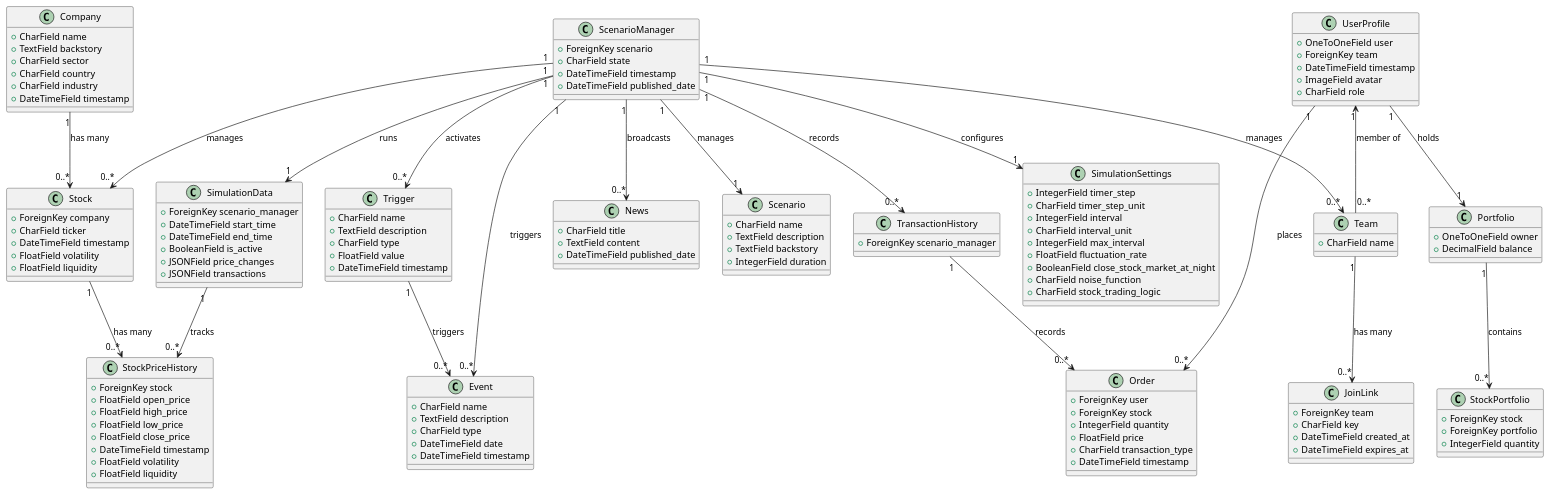
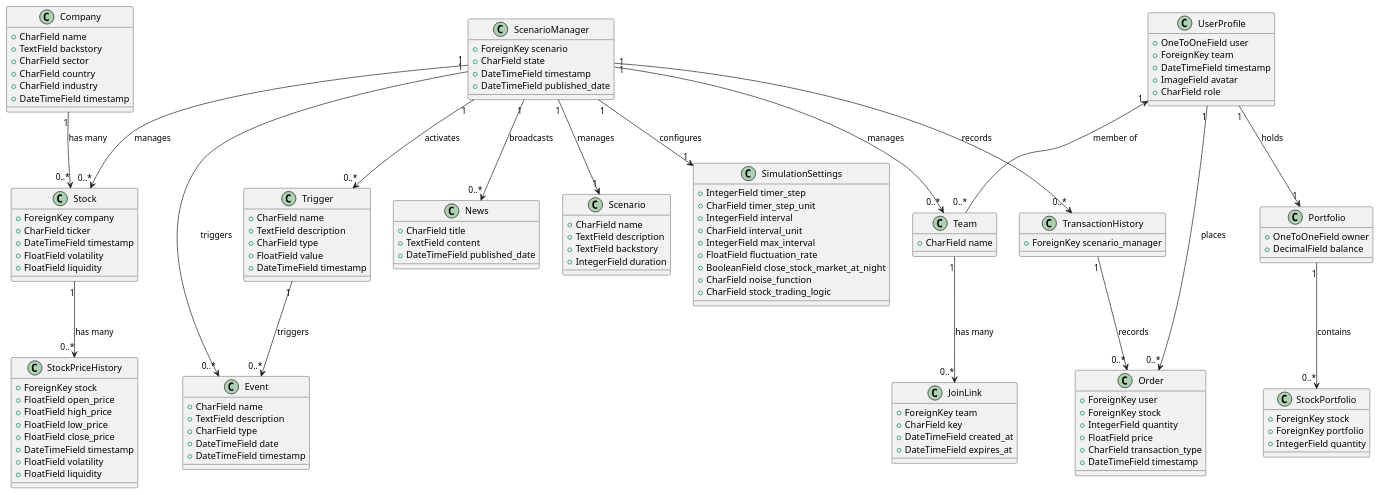
One commit to AlgoETS/Simulateur changed the diagram in docs/diagrams/db_updated.plantuml. Above: the diagram before and after it, drawn with PlantUML. The commit also changed 59 other files, not shown here.

```diff
--- a/docs/diagrams/db_updated.plantuml
+++ b/docs/diagrams/db_updated.plantuml
@@ -1,150 +1,139 @@
 @startuml
 class Company {
     +CharField name
     +TextField backstory
     +CharField sector
     +CharField country
     +CharField industry
     +DateTimeField timestamp
 }
 
 class Event {
     +CharField name
     +TextField description
     +CharField type
     +DateTimeField date
     +DateTimeField timestamp
 }
 
 class News {
     +CharField title
     +TextField content
     +DateTimeField published_date
 }
 
 class Portfolio {
     +OneToOneField owner
     +DecimalField balance
 }
 
 class StockPortfolio {
     +ForeignKey stock
     +ForeignKey portfolio
     +IntegerField quantity
 }
 
 class Scenario {
     +CharField name
     +TextField description
     +TextField backstory
     +IntegerField duration
-}
-
-class SimulationData {
-    +ForeignKey scenario_manager
-    +DateTimeField start_time
-    +DateTimeField end_time
-    +BooleanField is_active
-    +JSONField price_changes
-    +JSONField transactions
 }
 
 class ScenarioManager {
     +ForeignKey scenario
     +CharField state
     +DateTimeField timestamp
     +DateTimeField published_date
 }
 
 class SimulationSettings {
     +IntegerField timer_step
     +CharField timer_step_unit
     +IntegerField interval
     +CharField interval_unit
     +IntegerField max_interval
     +FloatField fluctuation_rate
     +BooleanField close_stock_market_at_night
     +CharField noise_function
     +CharField stock_trading_logic
 }
 
 class Stock {
     +ForeignKey company
     +CharField ticker
     +DateTimeField timestamp
     +FloatField volatility
     +FloatField liquidity
 }
 
 class StockPriceHistory {
     +ForeignKey stock
     +FloatField open_price
     +FloatField high_price
     +FloatField low_price
     +FloatField close_price
     +DateTimeField timestamp
     +FloatField volatility
     +FloatField liquidity
 }
 
 class Team {
     +CharField name
 }
 
 class JoinLink {
     +ForeignKey team
     +CharField key
     +DateTimeField created_at
     +DateTimeField expires_at
 }
 
 class TransactionHistory {
     +ForeignKey scenario_manager
 }
 
 class Order {
     +ForeignKey user
     +ForeignKey stock
     +IntegerField quantity
     +FloatField price
     +CharField transaction_type
     +DateTimeField timestamp
 }
 
 class Trigger {
     +CharField name
     +TextField description
     +CharField type
     +FloatField value
     +DateTimeField timestamp
 }
 
 class UserProfile {
     +OneToOneField user
     +ForeignKey team
     +DateTimeField timestamp
     +ImageField avatar
     +CharField role
 }
 
 ' Relationships
 Company "1" --> "0..*" Stock : "has many"
 Stock "1" --> "0..*" StockPriceHistory : "has many"
 ScenarioManager "1" --> "1" Scenario : "manages"
 ScenarioManager "1" --> "1" SimulationSettings : "configures"
-ScenarioManager "1" --> "1" SimulationData : "runs"
 ScenarioManager "1" --> "0..*" Stock : "manages"
 ScenarioManager "1" --> "0..*" Team : "manages"
 ScenarioManager "1" --> "0..*" Event : "triggers"
 ScenarioManager "1" --> "0..*" Trigger : "activates"
 ScenarioManager "1" --> "0..*" News : "broadcasts"
-SimulationData "1" --> "0..*" StockPriceHistory : "tracks"
 Team "1" --> "0..*" JoinLink : "has many"
 Portfolio "1" --> "0..*" StockPortfolio : "contains"
 UserProfile "1" --> "0..*" Order : "places"
 TransactionHistory "1" --> "0..*" Order : "records"
 Trigger "1" --> "0..*" Event : "triggers"
 UserProfile "1" --> "1" Portfolio : "holds"
 UserProfile "1" <-- "0..*" Team : "member of"
 ScenarioManager "1" --> "0..*" TransactionHistory : "records"
 @enduml
```
